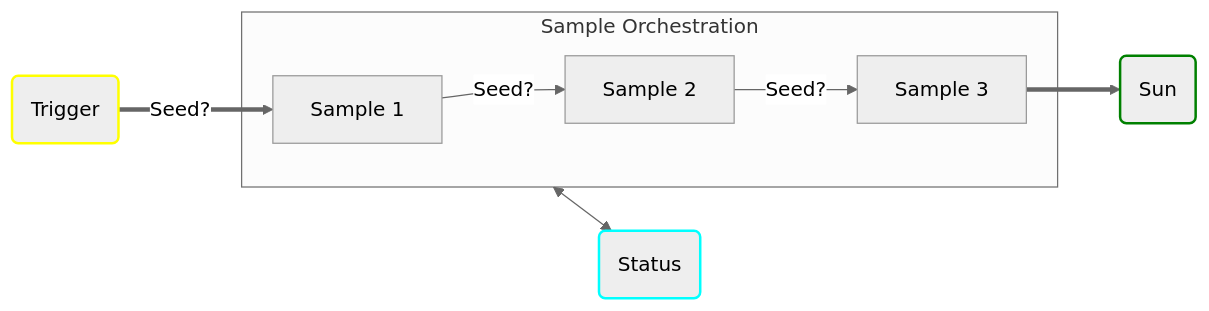
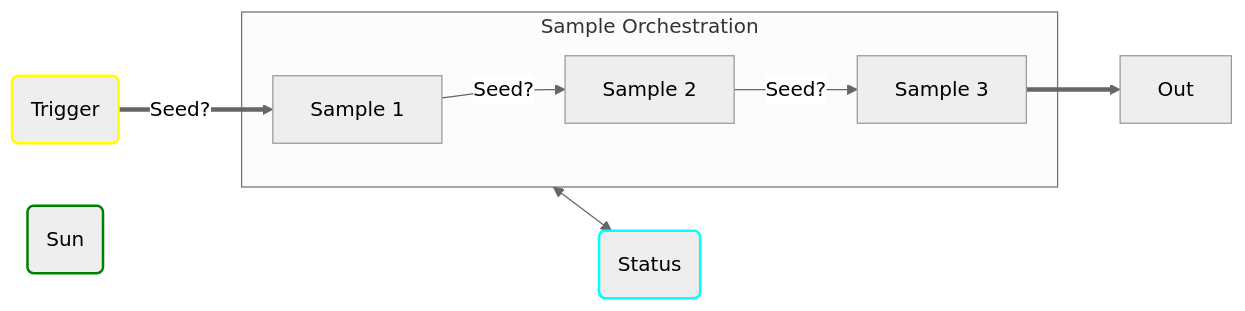
Before and after one commit to eduardorauchbach/Azure-Durable-Function: the second of 2 diagrams in README.md, drawn with Mermaid (neutral theme).

````diff
--- a/README.md
+++ b/README.md
@@ -54,26 +54,26 @@
 ```mermaid
 flowchart LR
 Trigger("Trigger")
 style Trigger stroke:#ff0,stroke-width:2px
 
 subgraph SampleOrchestration["Sample Orchestration"]
   Sample1["Sample 1"]
   Sample2["Sample 2"]
   Sample3["Sample 3"]
 end
 
 Status("Status")
 style Status stroke:cyan,stroke-width:2px
 
 Sun("Sun")
 style Sun stroke:green,stroke-width:2px
 
 SampleOrchestration<-->Status
 
 Trigger ==Seed?==> Sample1
 
 Sample1 --Seed?-->Sample2
 Sample2 --Seed?-->Sample3
 
-Sample3 ==> Sun
+Sample3 ==> Out
 ```
````
